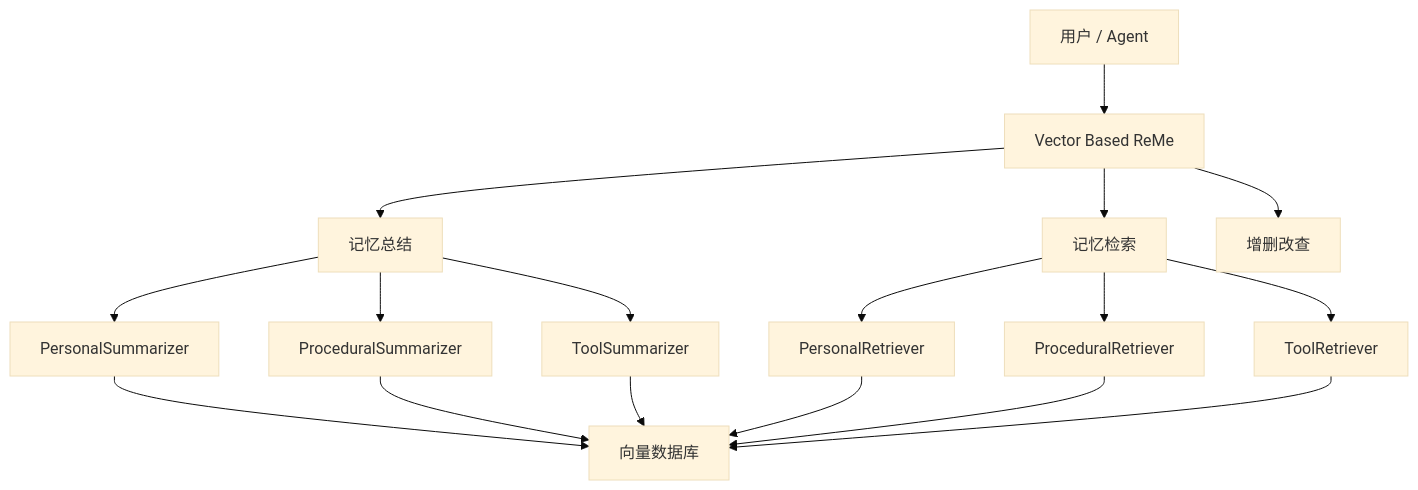
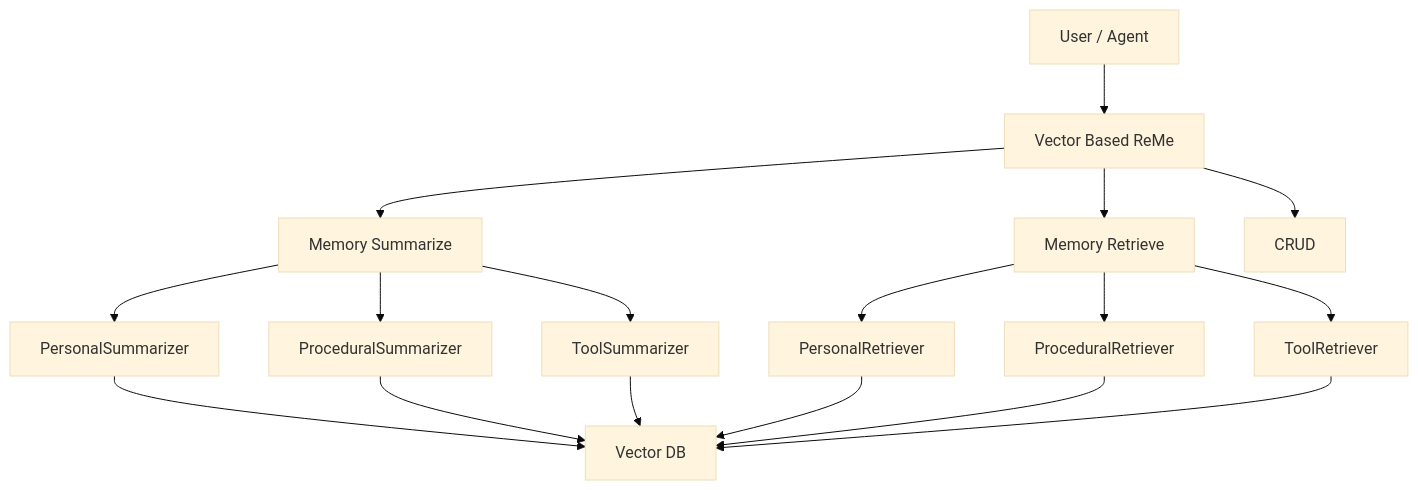
Before and after one commit to codingwatching/ReMe: the fifth of 5 diagrams in README.md, drawn with Mermaid (base theme). The commit also changed other lines of this file and 2 other files, not shown here.

````diff
--- a/README.md
+++ b/README.md
@@ -482,19 +443,19 @@
 ```mermaid
 graph TB
-    User[用户 / Agent] --> ReMe[Vector Based ReMe]
-    ReMe --> Summarize[记忆总结]
-    ReMe --> Retrieve[记忆检索]
-    ReMe --> CRUD[增删改查]
+    User[User / Agent] --> ReMe[Vector Based ReMe]
+    ReMe --> Summarize[Memory Summarize]
+    ReMe --> Retrieve[Memory Retrieve]
+    ReMe --> CRUD[CRUD]
     Summarize --> PersonalSum[PersonalSummarizer]
     Summarize --> ProceduralSum[ProceduralSummarizer]
     Summarize --> ToolSum[ToolSummarizer]
     Retrieve --> PersonalRet[PersonalRetriever]
     Retrieve --> ProceduralRet[ProceduralRetriever]
     Retrieve --> ToolRet[ToolRetriever]
-    PersonalSum --> VectorStore[向量数据库]
+    PersonalSum --> VectorStore[Vector DB]
     ProceduralSum --> VectorStore
     ToolSum --> VectorStore
     PersonalRet --> VectorStore
     ProceduralRet --> VectorStore
     ToolRet --> VectorStore
 ```
````
